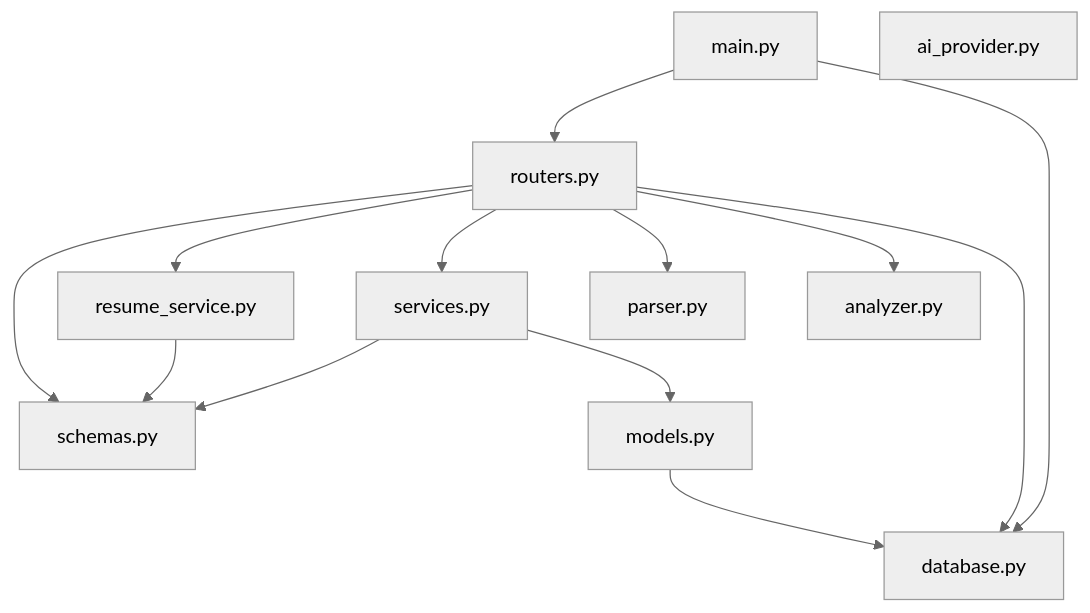
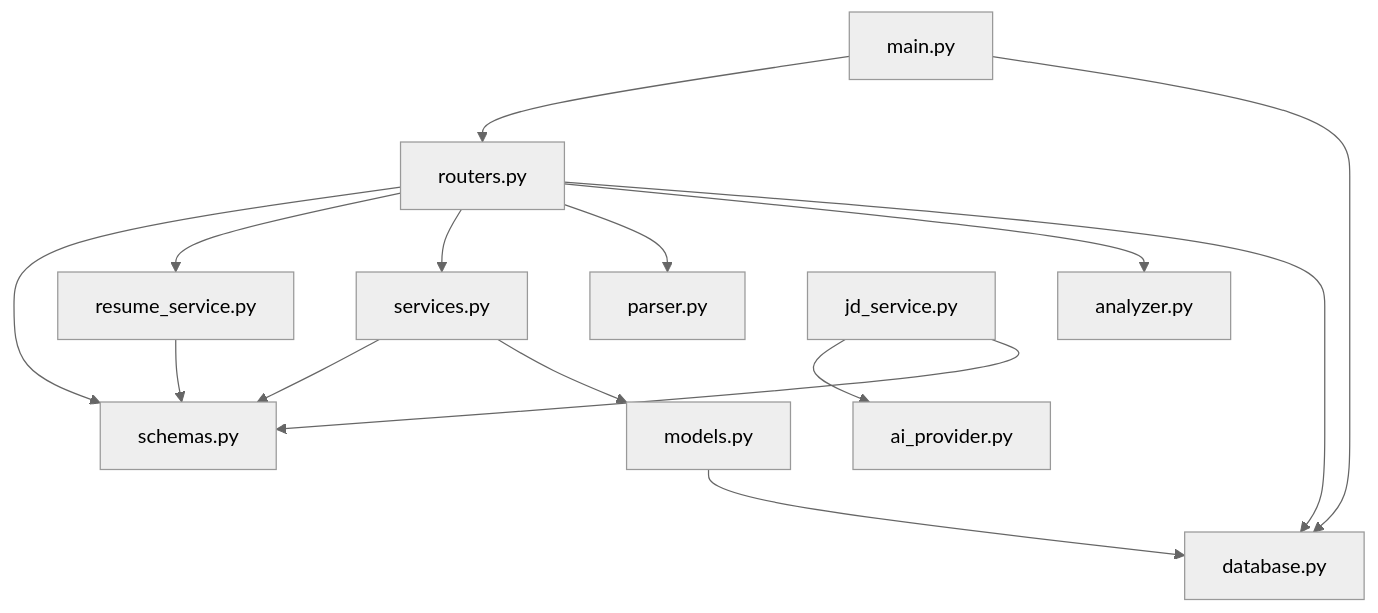
Before and after one commit to walteryt0994/RoleRadar: the diagram in README.md, drawn with Mermaid (neutral theme). The commit also changed other lines of this file and 6 other files, not shown here.

Commit message:
Add structured job description schema and parsing service

````diff
--- a/README.md
+++ b/README.md
@@ -478,19 +500,20 @@
 ```mermaid
 flowchart TD
     main["main.py"] --> routers["routers.py"]
     main --> database["database.py"]
 
     routers --> schemas["schemas.py"]
     routers --> resume_service["resume_service.py"]
     routers --> services["services.py"]
     routers --> parser["parser.py"]
     routers --> analyzer["analyzer.py"]
     routers --> database
 
     resume_service --> schemas
     services --> schemas
     services --> models["models.py"]
     models --> database
 
-    ai_provider["ai_provider.py"]
+    jd_service["jd_service.py"] --> ai_provider["ai_provider.py"]
+    jd_service --> schemas
 ```
````
